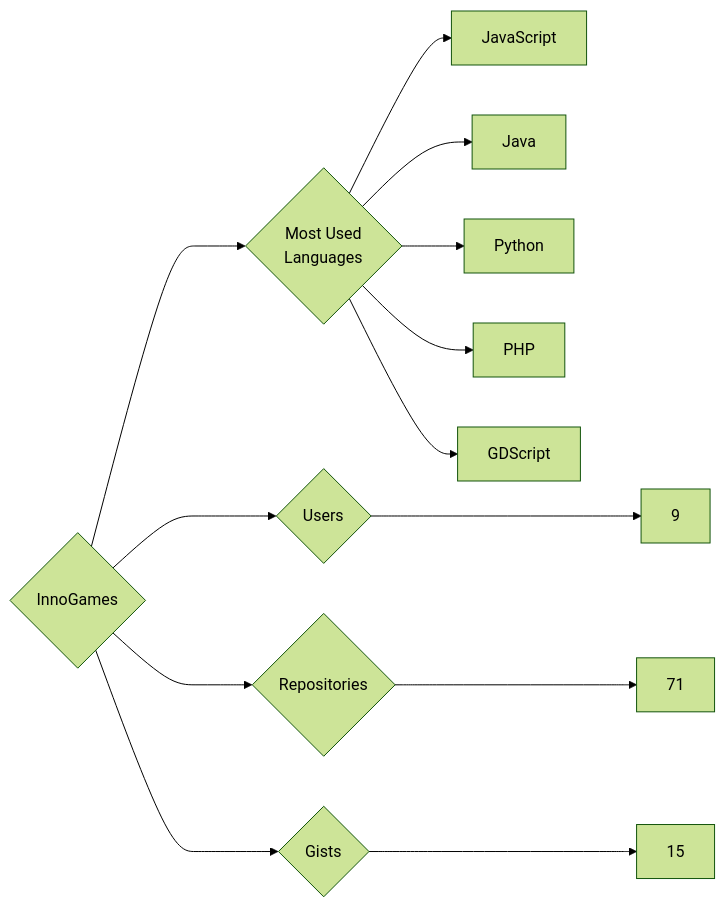
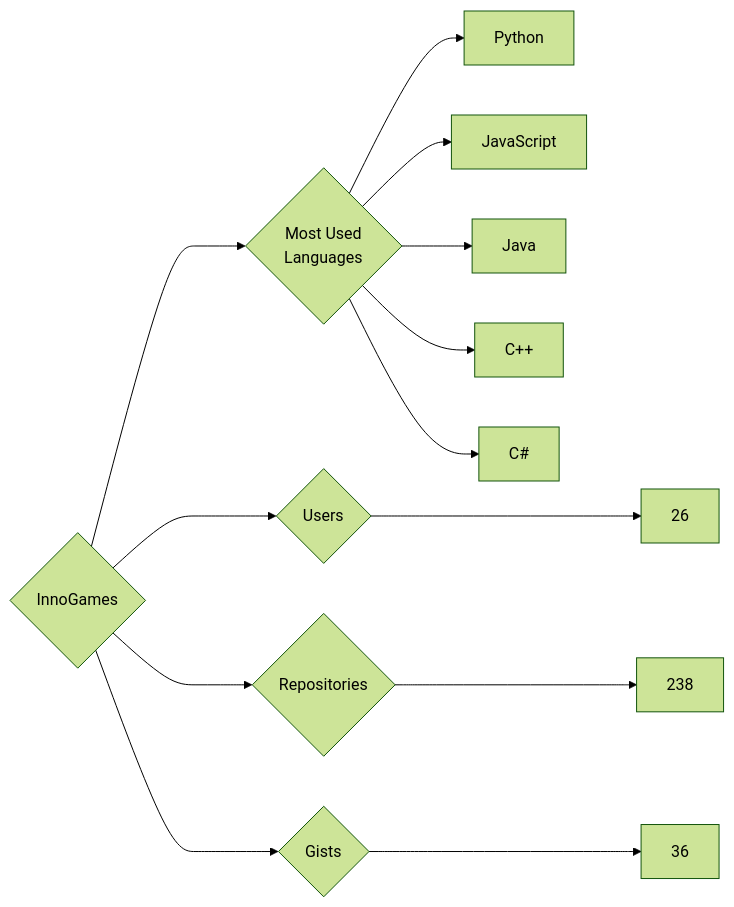
One commit to trickest/insiders changed the diagram in targets/InnoGames/README.md. Above: the diagram before and after it, drawn with Mermaid (forest theme). The commit also changed 927 other files, not shown here.

````diff
--- a/targets/InnoGames/README.md
+++ b/targets/InnoGames/README.md
@@ -3,13 +3,13 @@
 ```mermaid
 graph LR
 COMPANY_NAME{InnoGames}
-COMPANY_NAME ---> U{Users} ---> UN[9]
-COMPANY_NAME ---> R{Repositories} ---> RN[71]
-COMPANY_NAME ---> G{Gists} ---> GN[15]
+COMPANY_NAME ---> U{Users} ---> UN[26]
+COMPANY_NAME ---> R{Repositories} ---> RN[238]
+COMPANY_NAME ---> G{Gists} ---> GN[36]
 COMPANY_NAME ---> ML{Most Used<br>Languages}
+ML --> Python[Python]
 ML --> JavaScript[JavaScript]
 ML --> Java[Java]
-ML --> Python[Python]
-ML --> PHP[PHP]
-ML --> GDScript[GDScript]
+ML --> C++[C++]
+ML --> C#[C#]
 ```
````
